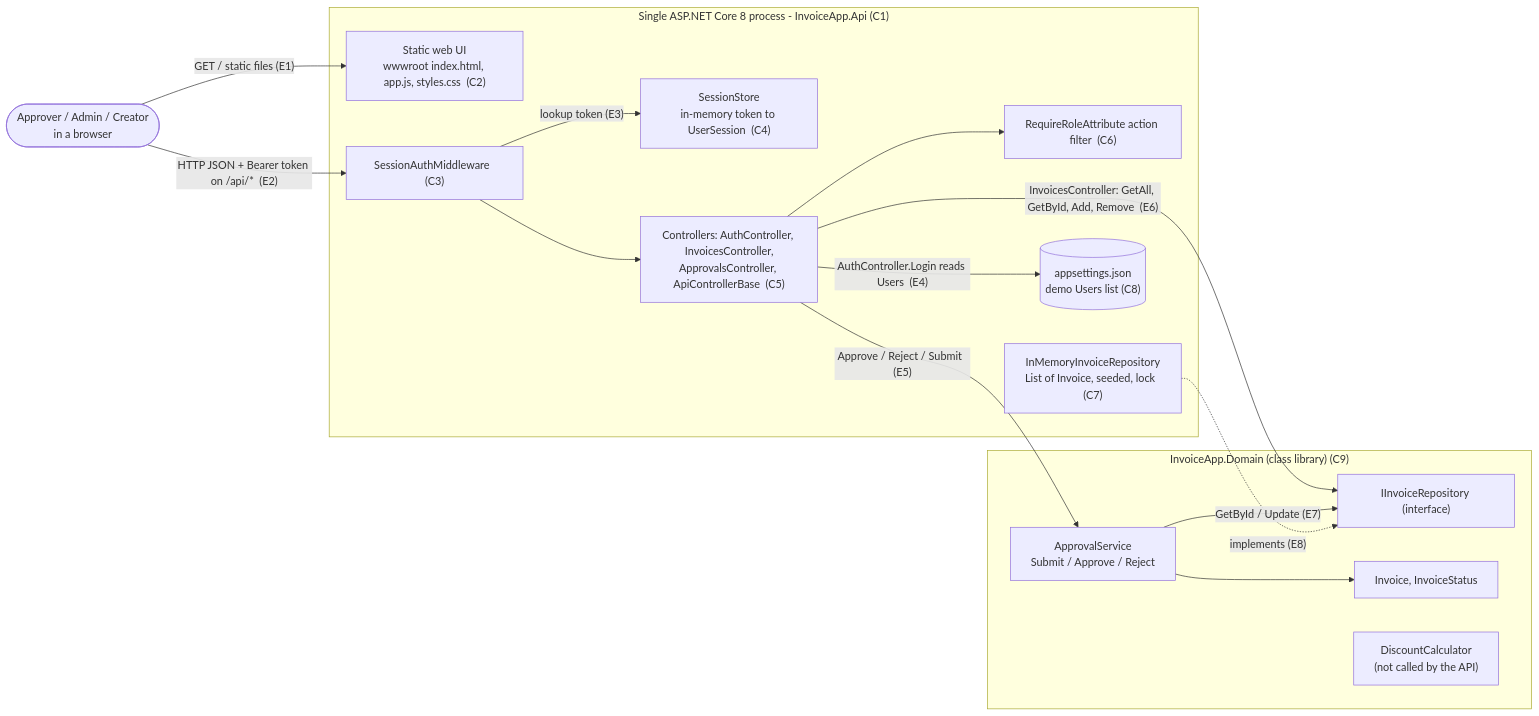
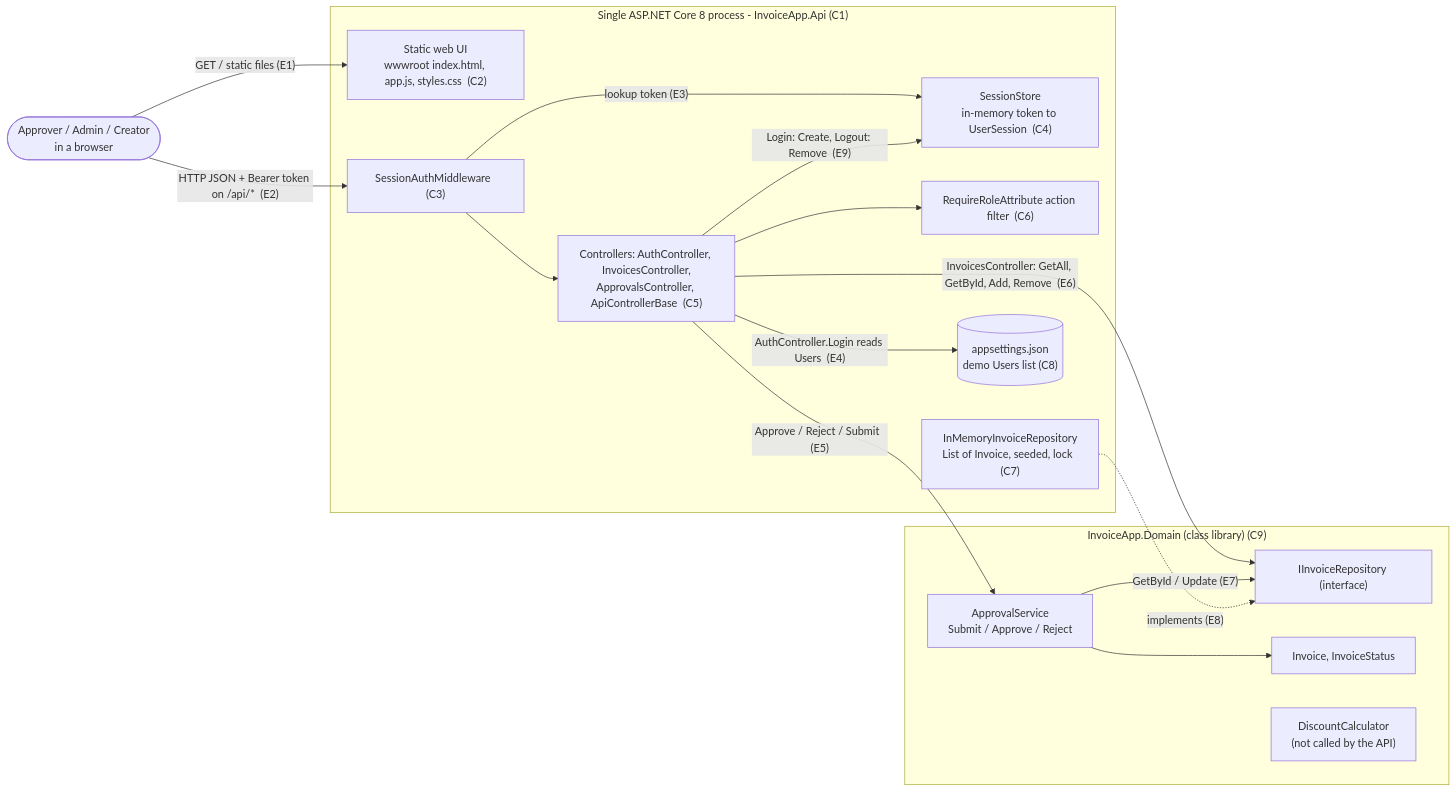
The first of 3 diagrams in docs/assignment/01-architecture.md (hban1116/AIinSDLC), drawn with Mermaid before and after one commit. The commit also changed other lines of this file and 8 other files, not shown here.

````diff
--- a/docs/assignment/01-architecture.md
+++ b/docs/assignment/01-architecture.md
@@ -12,33 +14,34 @@
 ```mermaid
 flowchart LR
     user([Approver / Admin / Creator<br/>in a browser])
 
     subgraph host["Single ASP.NET Core 8 process - InvoiceApp.Api  (C1)"]
         static["Static web UI<br/>wwwroot index.html, app.js, styles.css  (C2)"]
         mw["SessionAuthMiddleware  (C3)"]
         sess["SessionStore<br/>in-memory token to UserSession  (C4)"]
         ctrl["Controllers: AuthController, InvoicesController,<br/>ApprovalsController, ApiControllerBase  (C5)"]
         role["RequireRoleAttribute action filter  (C6)"]
         repo["InMemoryInvoiceRepository<br/>List of Invoice, seeded, lock  (C7)"]
         cfg[("appsettings.json<br/>demo Users list  (C8)")]
     end
 
     subgraph dom["InvoiceApp.Domain (class library)  (C9)"]
         svc["ApprovalService<br/>Submit / Approve / Reject"]
         irepo["IInvoiceRepository (interface)"]
         inv["Invoice, InvoiceStatus"]
         disc["DiscountCalculator<br/>(not called by the API)"]
     end
 
     user -->|"GET / static files  (E1)"| static
     user -->|"HTTP JSON + Bearer token on /api/*  (E2)"| mw
     mw -->|"lookup token  (E3)"| sess
     mw --> ctrl
     ctrl --> role
     ctrl -->|"AuthController.Login reads Users  (E4)"| cfg
+    ctrl -->|"Login: Create, Logout: Remove  (E9)"| sess
     ctrl -->|"Approve / Reject / Submit  (E5)"| svc
     ctrl -->|"InvoicesController: GetAll, GetById, Add, Remove  (E6)"| irepo
     svc -->|"GetById / Update  (E7)"| irepo
     repo -. "implements  (E8)" .-> irepo
     svc --> inv
 ```
````
